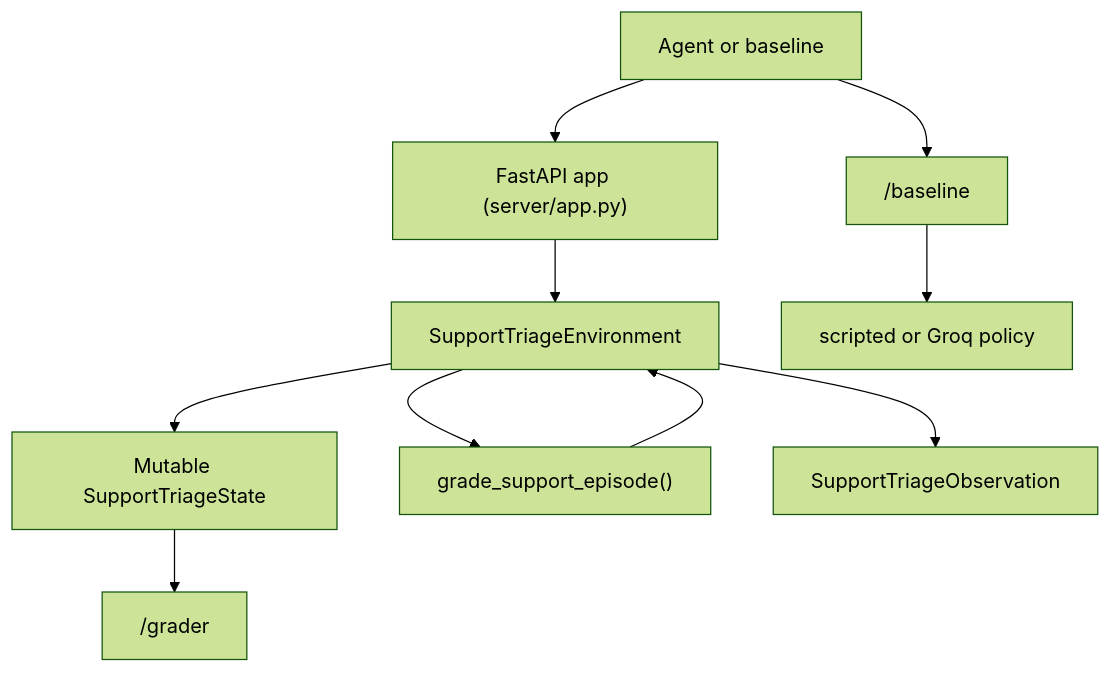
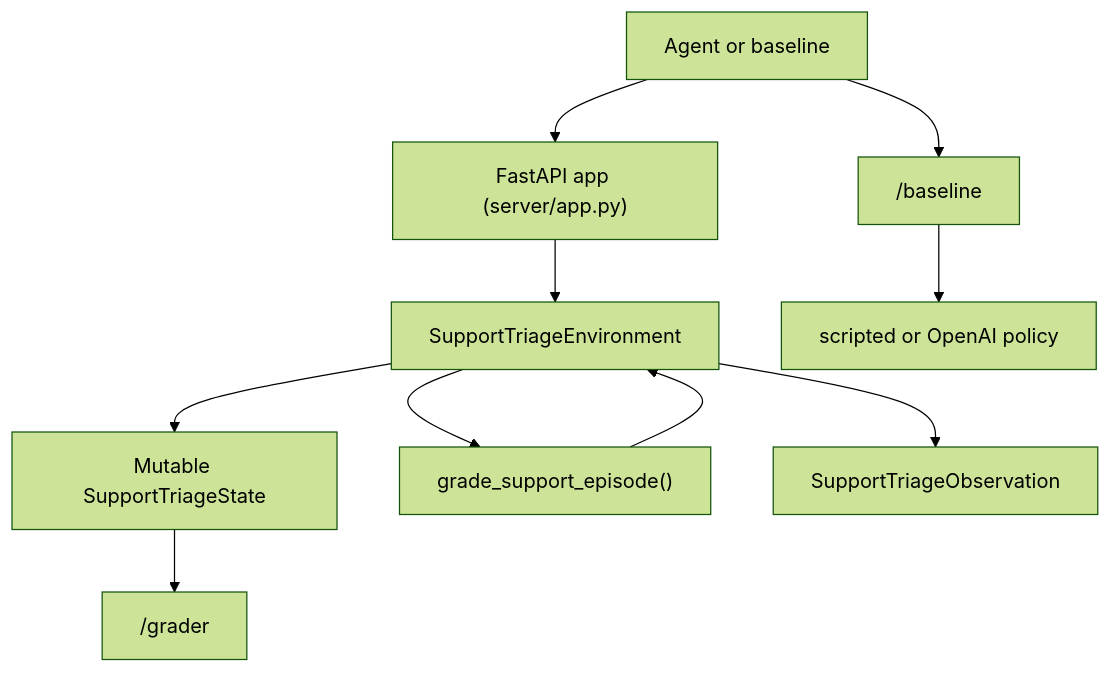
One commit to jainambarbhaya1509/SupportTriage changed the diagram in CODE_WALKTHROUGH.md. Above: the diagram before and after it, drawn with Mermaid (forest theme). The commit also changed other lines of this file and 13 other files, not shown here.

````diff
--- a/CODE_WALKTHROUGH.md
+++ b/CODE_WALKTHROUGH.md
@@ -305,12 +305,12 @@
 ```mermaid
 flowchart TD
     A["Agent or baseline"] --> B["FastAPI app (server/app.py)"]
     B --> C["SupportTriageEnvironment"]
     C --> D["Mutable SupportTriageState"]
     C --> E["grade_support_episode()"]
     E --> C
     C --> F["SupportTriageObservation"]
     D --> G["/grader"]
     A --> H["/baseline"]
-    H --> I["scripted or Groq policy"]
+    H --> I["scripted or OpenAI policy"]
 ```
````
